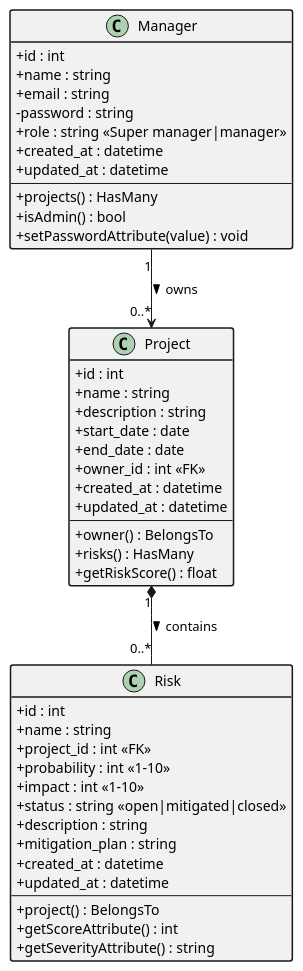
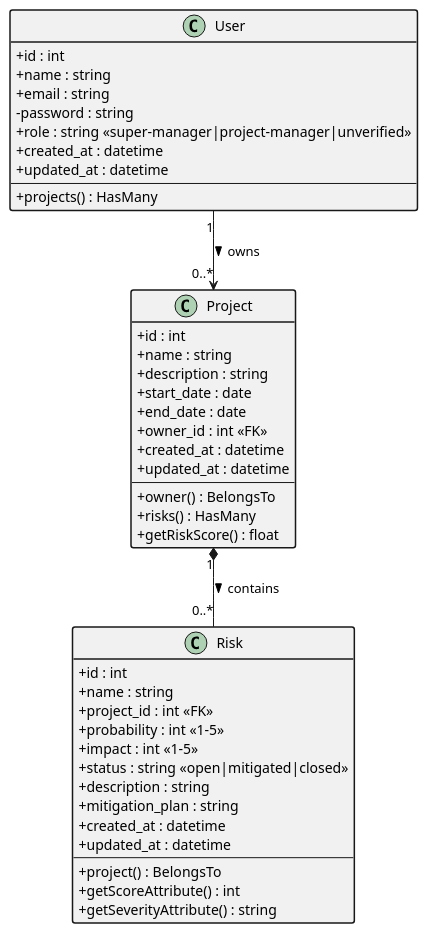
One commit to judista25/MPR changed the diagram in xhlase01/diagrams/CD-Tridy.puml. Above: the diagram before and after it, drawn with PlantUML. The commit also changed 5 other files, not shown here.

Commit message:
Update diagrams and documentation for user management features

```diff
--- a/xhlase01/diagrams/CD-Tridy.puml
+++ b/xhlase01/diagrams/CD-Tridy.puml
@@ -1,55 +1,53 @@
 @startuml CD-Tridy
 skinparam classAttributeIconSize 0
 skinparam roundcorner 5
 skinparam classBorderThickness 1.5
 
-class Manager {
+class User {
     + id : int
     + name : string
     + email : string
     - password : string
-    + role : string <<Super manager|manager>>
+    + role : string <<super-manager|project-manager|unverified>>
     + created_at : datetime
     + updated_at : datetime
     --
     + projects() : HasMany
-    + isAdmin() : bool
-    + setPasswordAttribute(value) : void
 }
 
 class Project {
     + id : int
     + name : string
     + description : string
     + start_date : date
     + end_date : date
     + owner_id : int <<FK>>
     + created_at : datetime
     + updated_at : datetime
     --
     + owner() : BelongsTo
     + risks() : HasMany
     + getRiskScore() : float
 }
 
 class Risk {
     + id : int
     + name : string
     + project_id : int <<FK>>
-    + probability : int <<1–10>>
-    + impact : int <<1–10>>
+    + probability : int <<1–5>>
+    + impact : int <<1–5>>
     + status : string <<open|mitigated|closed>>
     + description : string
     + mitigation_plan : string
     + created_at : datetime
     + updated_at : datetime
     --
     + project() : BelongsTo
     + getScoreAttribute() : int
     + getSeverityAttribute() : string
 }
 
-Manager "1" --> "0..*" Project : owns >
+User "1" --> "0..*" Project : owns >
 Project "1" *-- "0..*" Risk : contains >
 
 @enduml
```
